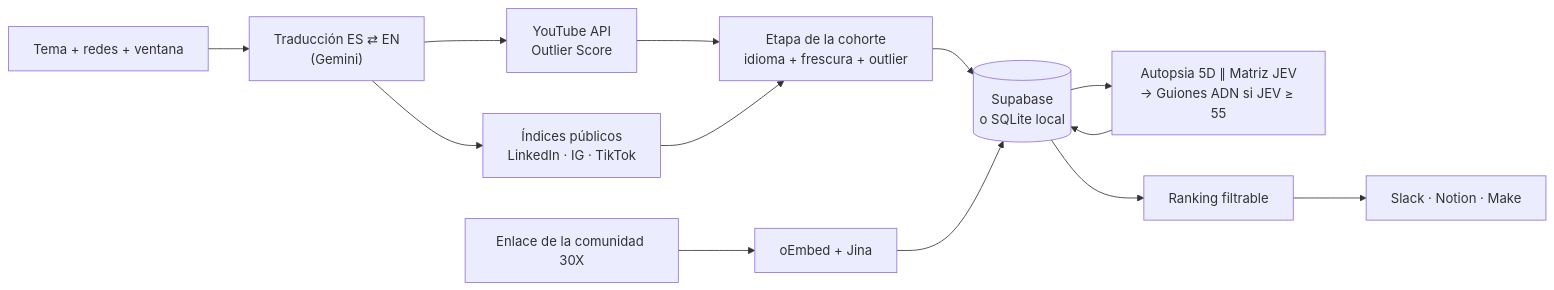
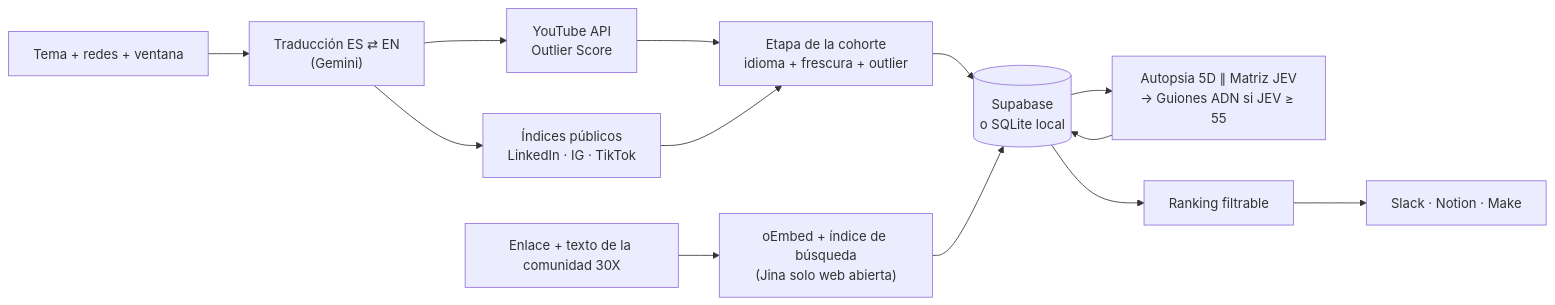
The diagram in README.md (rAngel-j/30x-trend-engine), drawn with Mermaid before and after one commit. The commit also changed other lines of this file and 15 other files, not shown here.

````diff
--- a/README.md
+++ b/README.md
@@ -59,10 +64,10 @@
 ```mermaid
 flowchart LR
     Q["Tema + redes + ventana"] --> X["Traducción ES ⇄ EN<br/>(Gemini)"]
     X --> YT["YouTube API<br/>Outlier Score"] & SERP["Índices públicos<br/>LinkedIn · IG · TikTok"]
-    URL["Enlace de la comunidad 30X"] --> PR["oEmbed + Jina"]
+    URL["Enlace + texto de la comunidad 30X"] --> PR["oEmbed + índice de búsqueda<br/>(Jina solo web abierta)"]
     YT & SERP --> ST["Etapa de la cohorte<br/>idioma + frescura + outlier"]
     ST & PR --> DB[("Supabase<br/>o SQLite local")]
     DB --> AI["Autopsia 5D ∥ Matriz JEV<br/>→ Guiones ADN si JEV ≥ 55"]
     AI --> DB --> UI["Ranking filtrable"] --> OUT["Slack · Notion · Make"]
 ```
````
